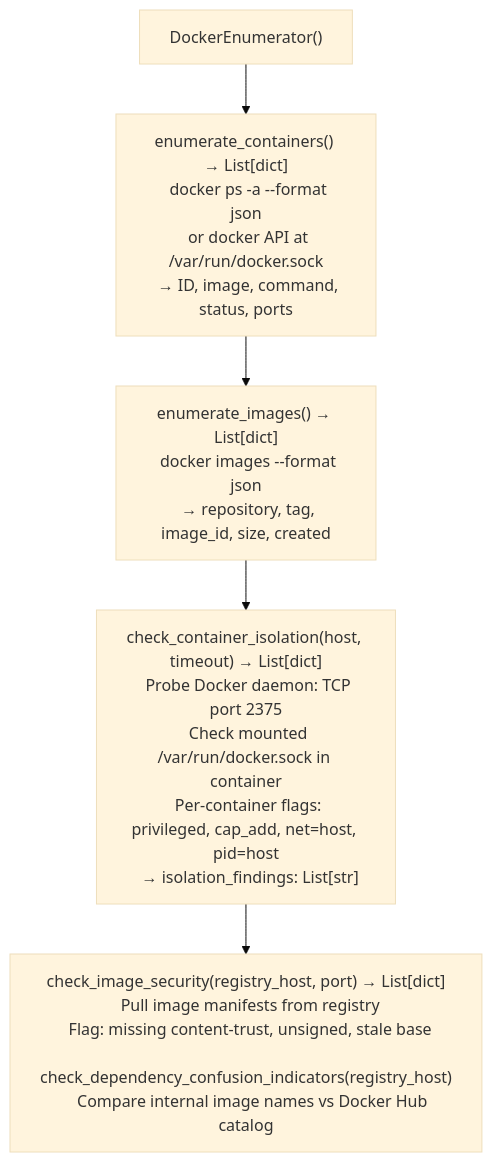
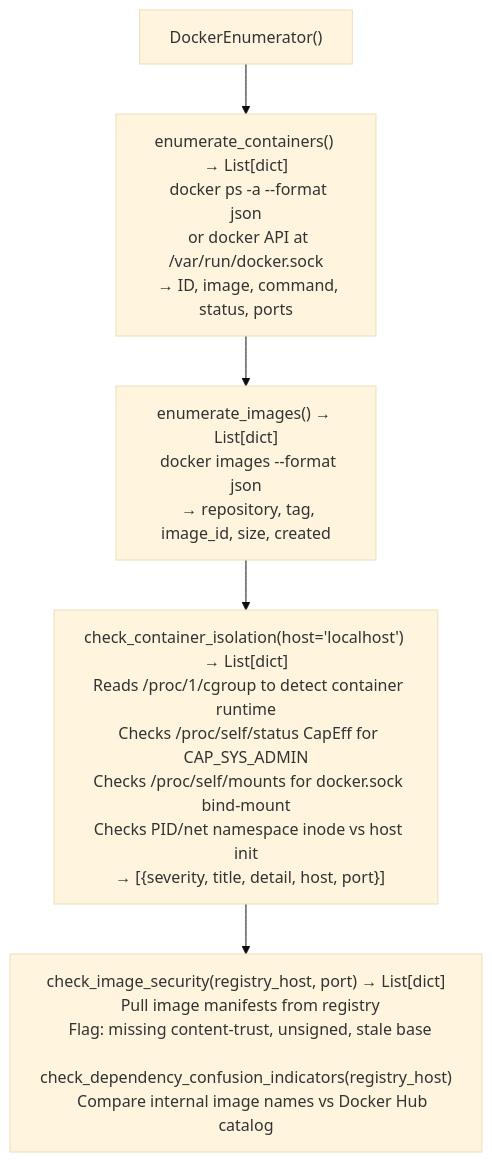
Before and after one commit to Ablation-Tool/ablation: the diagram in docs/reference-modules/docker-inventory-and-posture.md, drawn with Mermaid (base theme). The commit also changed other lines of this file and 1 other file, not shown here.

First line of the commit message:
docs: fix privesc-enum and docker-inventory API accuracy

````diff
--- a/docs/reference-modules/docker-inventory-and-posture.md
+++ b/docs/reference-modules/docker-inventory-and-posture.md
@@ -19,7 +19,7 @@
 ```mermaid
 flowchart TD
     A["DockerEnumerator()"] --> B["enumerate_containers() → List[dict]\n  docker ps -a --format json\n  or docker API at /var/run/docker.sock\n  → ID, image, command, status, ports"]
     B --> C["enumerate_images() → List[dict]\n  docker images --format json\n  → repository, tag, image_id, size, created"]
-    C --> D["check_container_isolation(host, timeout) → List[dict]\n  Probe Docker daemon: TCP port 2375\n  Check mounted /var/run/docker.sock in container\n  Per-container flags: privileged, cap_add, net=host, pid=host\n  → isolation_findings: List[str]"]
+    C --> D["check_container_isolation(host='localhost') → List[dict]\n  Reads /proc/1/cgroup to detect container runtime\n  Checks /proc/self/status CapEff for CAP_SYS_ADMIN\n  Checks /proc/self/mounts for docker.sock bind-mount\n  Checks PID/net namespace inode vs host init\n  → [{severity, title, detail, host, port}]"]
     D --> E["check_image_security(registry_host, port) → List[dict]\n  Pull image manifests from registry\n  Flag: missing content-trust, unsigned, stale base\n  check_dependency_confusion_indicators(registry_host)\n    Compare internal image names vs Docker Hub catalog"]
 ```
````
